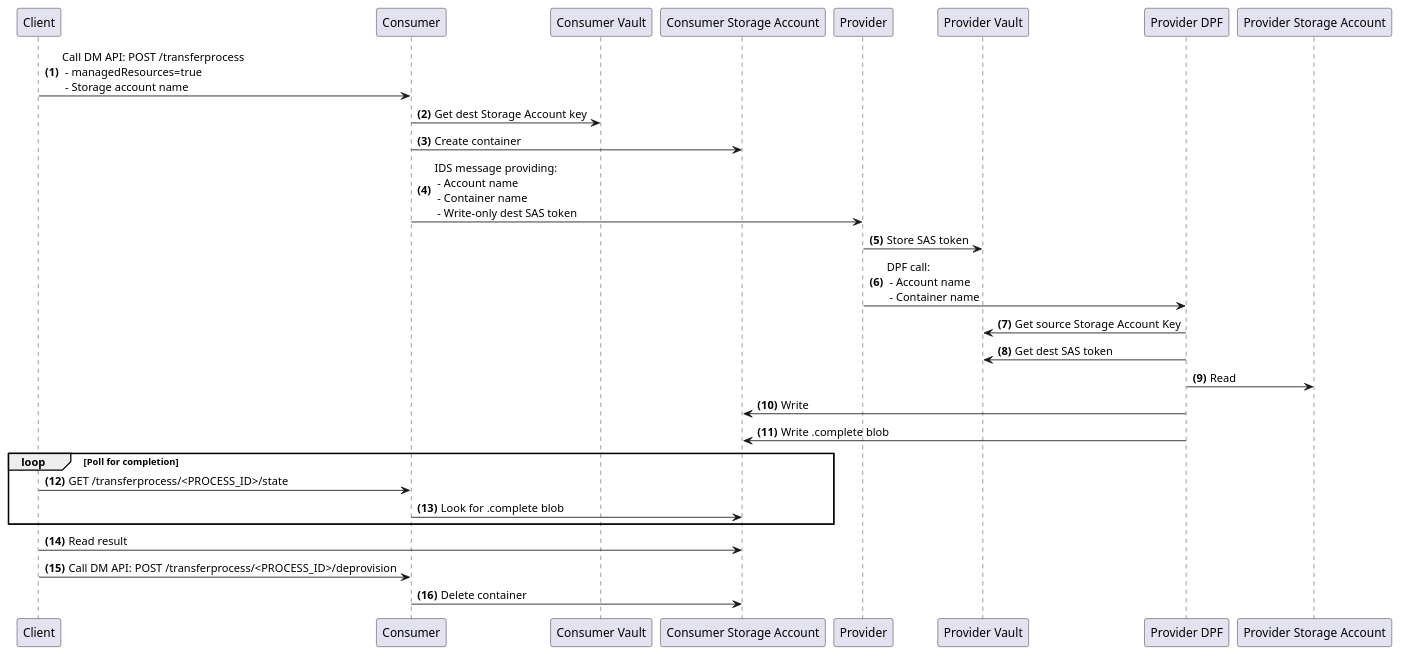
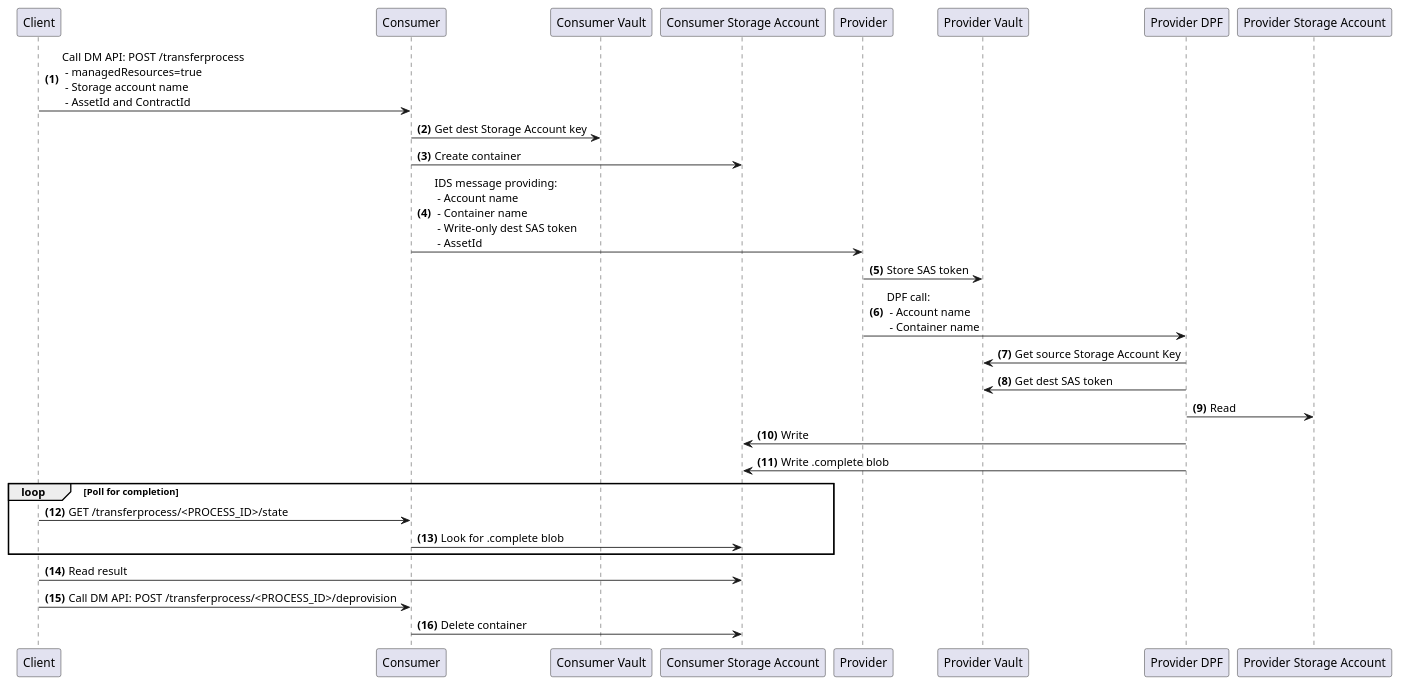
The diagram in docs/diagrams/blob-transfer.puml (agera-edc/DataSpaceConnector), drawn with PlantUML before and after one commit. The commit also changed 2 other files, not shown here.

Commit message:
Added asset id information.

```diff
--- a/docs/diagrams/blob-transfer.puml
+++ b/docs/diagrams/blob-transfer.puml
@@ -15,21 +15,21 @@
 @startuml
 autonumber "<b>(0)"
-Client -> Consumer: Call DM API: POST /transferprocess \n - managedResources=true\n - Storage account name
+Client -> Consumer: Call DM API: POST /transferprocess \n - managedResources=true\n - Storage account name \n - AssetId and ContractId
 Consumer -> "Consumer Vault": Get dest Storage Account key
 Consumer -> "Consumer Storage Account": Create container
-Consumer -> Provider: IDS message providing: \n - Account name \n - Container name \n - Write-only dest SAS token
+Consumer -> Provider: IDS message providing: \n - Account name \n - Container name \n - Write-only dest SAS token \n - AssetId
 Provider -> "Provider Vault": Store SAS token
 Provider -> "Provider DPF": DPF call: \n - Account name \n - Container name
 "Provider DPF" -> "Provider Vault": Get source Storage Account Key
 "Provider DPF" -> "Provider Vault": Get dest SAS token
 "Provider DPF" -> "Provider Storage Account": Read
 "Provider DPF" -> "Consumer Storage Account": Write
 "Provider DPF" -> "Consumer Storage Account": Write .complete blob
 loop  Poll for completion
     Client -> Consumer: GET /transferprocess/<PROCESS_ID>/state
     Consumer -> "Consumer Storage Account": Look for .complete blob
 end
 Client -> "Consumer Storage Account": Read result
 Client -> "Consumer": Call DM API: POST /transferprocess/<PROCESS_ID>/deprovision
 Consumer -> "Consumer Storage Account": Delete container
 @enduml
```
